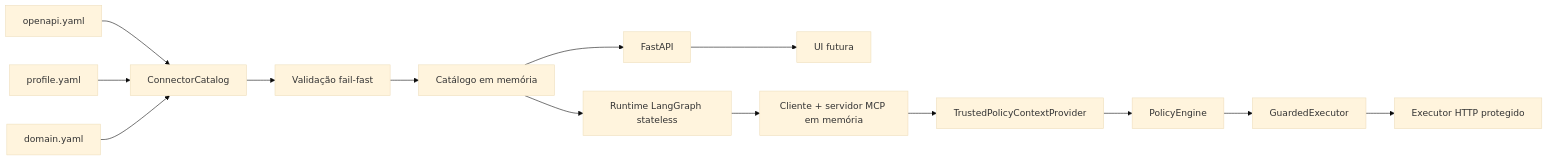
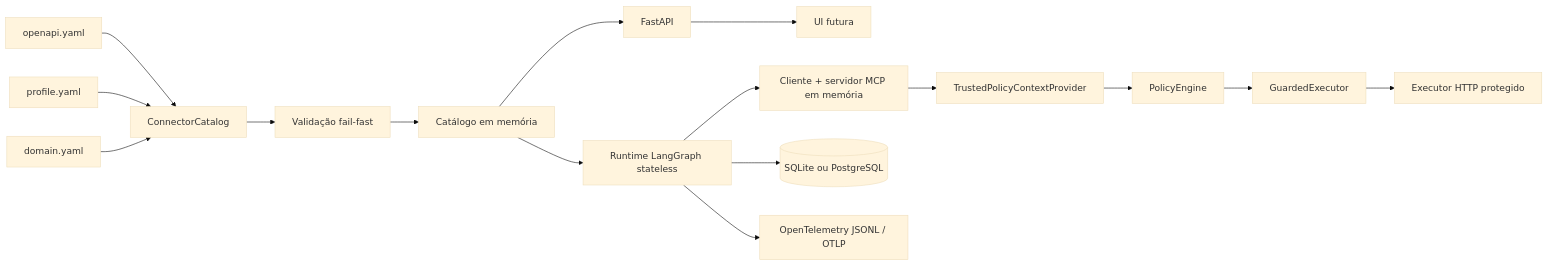
The first of 6 diagrams in docs/architecture.md (ChristianGandra21/indusguard), drawn with Mermaid (base theme) before and after one commit. The commit also changed other lines of this file and 29 other files, not shown here.

````diff
--- a/docs/architecture.md
+++ b/docs/architecture.md
@@ -9,16 +9,18 @@
 ```mermaid
 flowchart LR
     O[openapi.yaml] --> L[ConnectorCatalog]
     Y[profile.yaml] --> L
     D[domain.yaml] --> L
     L --> V[Validação fail-fast]
     V --> C[Catálogo em memória]
     C --> API[FastAPI]
     API --> UI[UI futura]
     C --> A[Runtime LangGraph stateless]
     A --> MCP[Cliente + servidor MCP em memória]
+    A --> DB[(SQLite ou PostgreSQL)]
+    A --> OT[OpenTelemetry JSONL / OTLP]
     MCP --> T[TrustedPolicyContextProvider]
     T --> P[PolicyEngine]
     P --> G[GuardedExecutor]
     G --> E[Executor HTTP protegido]
 ```
````
